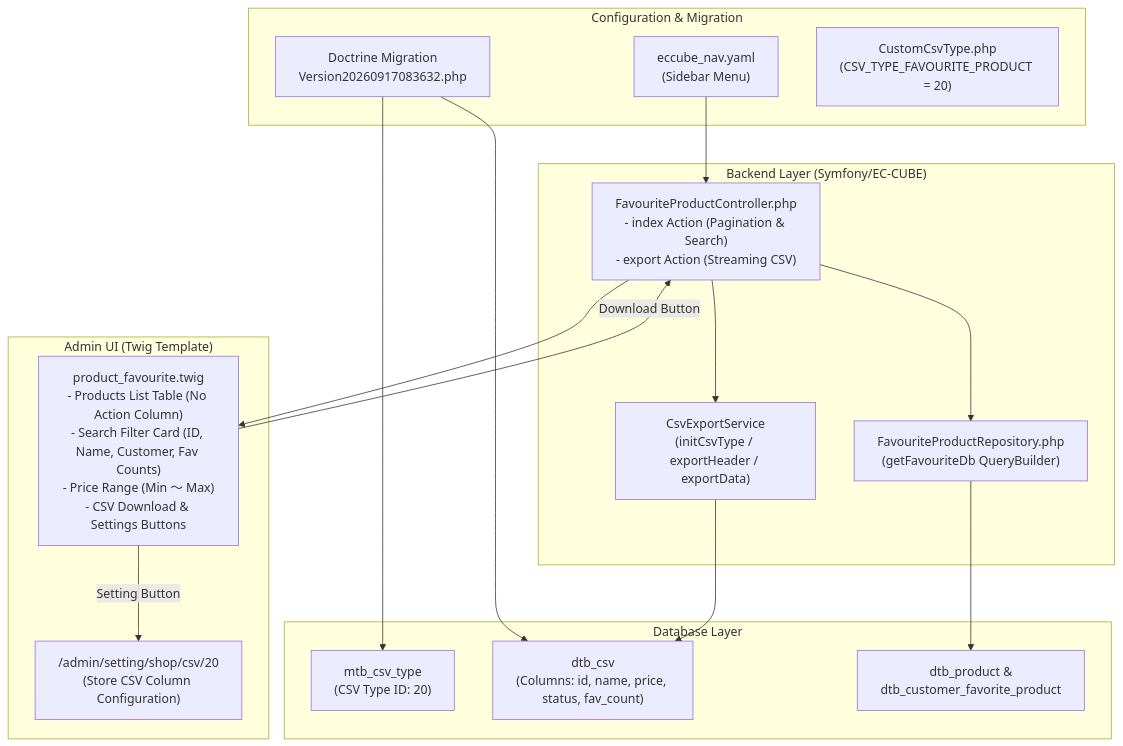
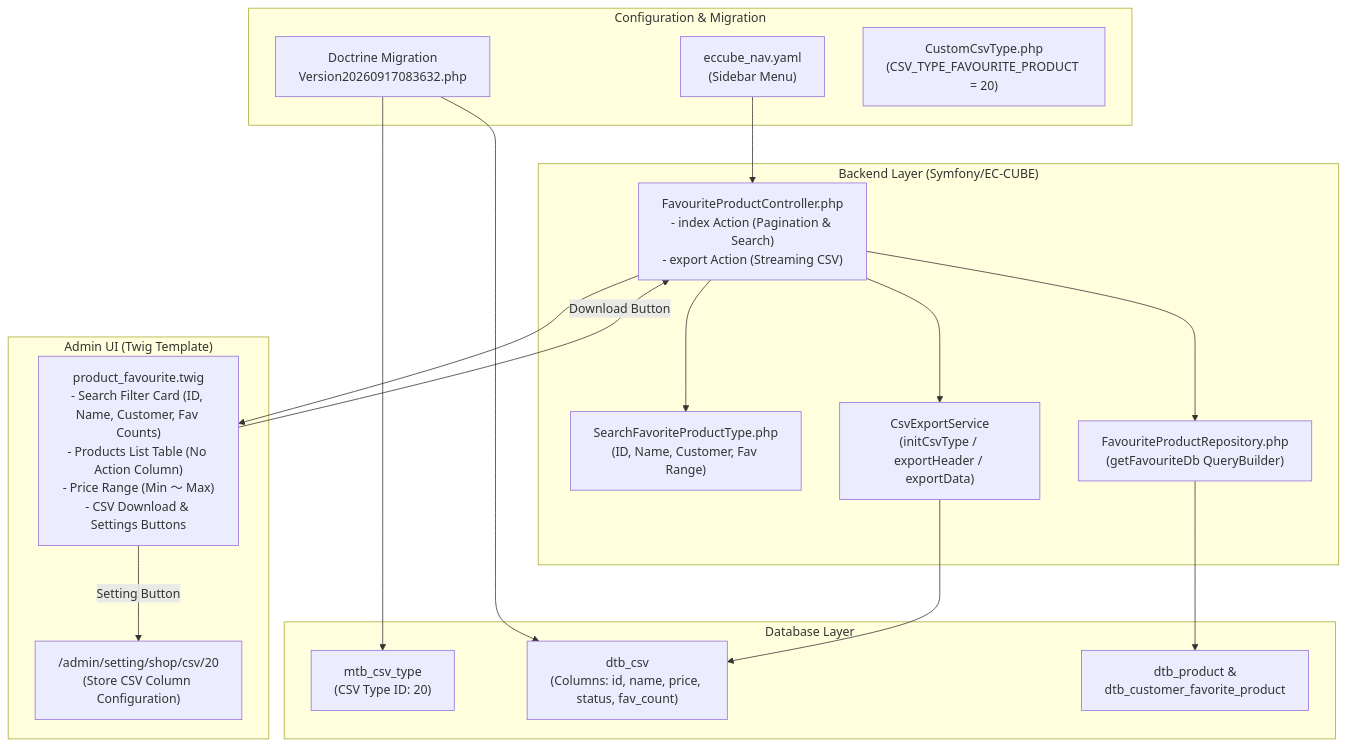
One commit to Echo-Scaler/system-eccube changed the diagram in My-Task-List-Folder/product-section/favourite_product_and_custom_csv_complete_guide.md. Above: the diagram before and after it, drawn with Mermaid. The commit also changed other lines of this file, not shown here.

Commit message:
docs: update favourite product and custom csv complete guide

````diff
--- a/My-Task-List-Folder/product-section/favourite_product_and_custom_csv_complete_guide.md
+++ b/My-Task-List-Folder/product-section/favourite_product_and_custom_csv_complete_guide.md
@@ -10,32 +10,34 @@
 ```mermaid
 flowchart TD
     subgraph DB["Database Layer"]
         Mtb["mtb_csv_type<br/>(CSV Type ID: 20)"]
         Dtb["dtb_csv<br/>(Columns: id, name, price, status, fav_count)"]
         Prod["dtb_product &<br/>dtb_customer_favorite_product"]
     end
 
     subgraph Config["Configuration & Migration"]
         Mig["Doctrine Migration<br/>Version20260917083632.php"] --> Mtb & Dtb
         Nav["eccube_nav.yaml<br/>(Sidebar Menu)"]
         Const["CustomCsvType.php<br/>(CSV_TYPE_FAVOURITE_PRODUCT = 20)"]
     end
 
     subgraph Backend["Backend Layer (Symfony/EC-CUBE)"]
+        Form["SearchFavoriteProductType.php<br/>(ID, Name, Customer, Fav Range)"]
         Repo["FavouriteProductRepository.php<br/>(getFavouriteDb QueryBuilder)"]
         Ctrl["FavouriteProductController.php<br/>- index Action (Pagination & Search)<br/>- export Action (Streaming CSV)"]
         Service["CsvExportService<br/>(initCsvType / exportHeader / exportData)"]
     end
 
     subgraph UI["Admin UI (Twig Template)"]
-        View["product_favourite.twig<br/>- Products List Table (No Action Column)<br/>- Search Filter Card (ID, Name, Customer, Fav Counts)<br/>- Price Range (Min ～ Max)<br/>- CSV Download & Settings Buttons"]
+        View["product_favourite.twig<br/>- Search Filter Card (ID, Name, Customer, Fav Counts)<br/>- Products List Table (No Action Column)<br/>- Price Range (Min ～ Max)<br/>- CSV Download & Settings Buttons"]
         CsvSetting["/admin/setting/shop/csv/20<br/>(Store CSV Column Configuration)"]
     end
 
     Nav --> Ctrl
+    Ctrl --> Form
     Ctrl --> Repo --> Prod
     Ctrl --> Service --> Dtb
     Ctrl --> View
     View -->|Setting Button| CsvSetting
     View -->|Download Button| Ctrl
 ```
````
